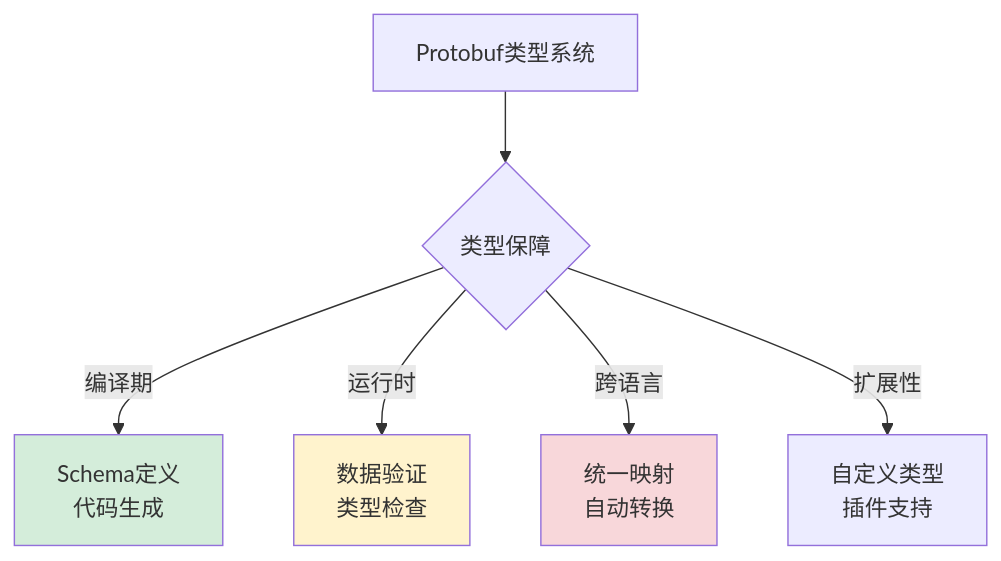
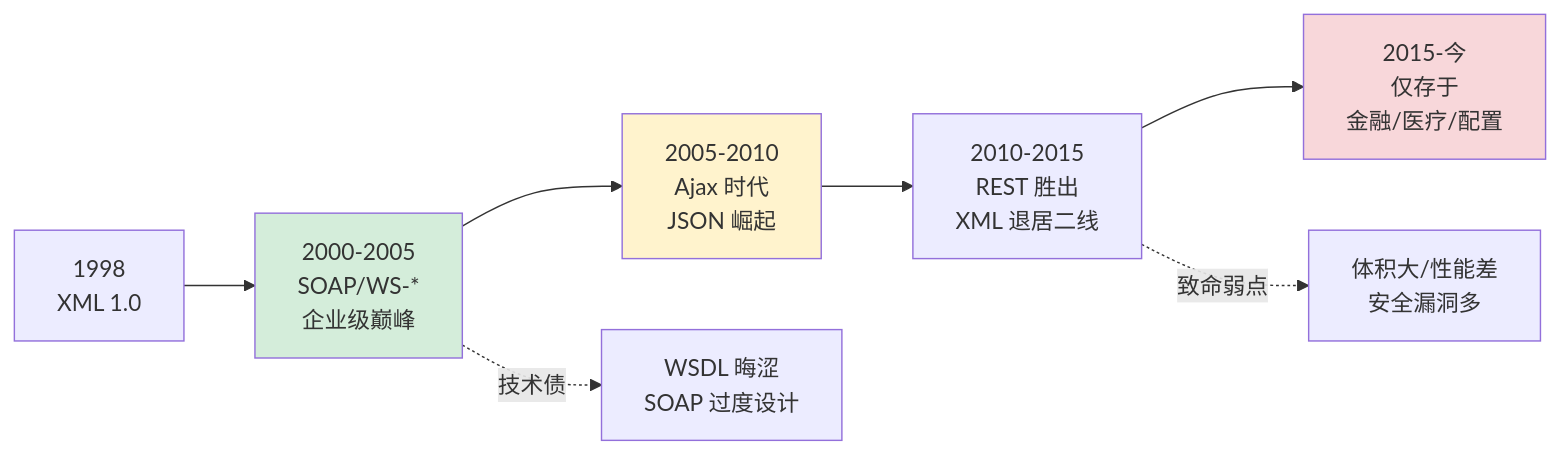
Diagram 17 of 24 in 00.通用技术的提升/02.程序编程原理/05.序列化数据的思想.md (chongyang211/YCBookBlog), drawn with Mermaid before and after one commit. The commit also changed other lines of this file and 6 other files, not shown here.

````diff
--- a/00.通用技术的提升/02.程序编程原理/05.序列化数据的思想.md
+++ b/00.通用技术的提升/02.程序编程原理/05.序列化数据的思想.md
@@ -1823,12 +2119,14 @@
 ```mermaid
-graph TB
-    A[Protobuf类型系统] --> B{类型保障}
-    B -->|编译期| C[Schema定义<br/>代码生成]
-    B -->|运行时| D[数据验证<br/>类型检查]
-    B -->|跨语言| E[统一映射<br/>自动转换]
-    B -->|扩展性| F[自定义类型<br/>插件支持]
-    
-    style C fill:#d4edda
-    style D fill:#fff3cd
+flowchart LR
+    A[1998<br/>XML 1.0] --> B[2000-2005<br/>SOAP/WS-*<br/>企业级巅峰]
+    B --> C[2005-2010<br/>Ajax 时代<br/>JSON 崛起]
+    C --> D[2010-2015<br/>REST 胜出<br/>XML 退居二线]
+    D --> E[2015-今<br/>仅存于<br/>金融/医疗/配置]
+
+    B -.技术债.-> F[WSDL 晦涩<br/>SOAP 过度设计]
+    D -.致命弱点.-> G[体积大/性能差<br/>安全漏洞多]
+
+    style B fill:#d4edda
+    style C fill:#fff3cd
     style E fill:#f8d7da
 ```
````
